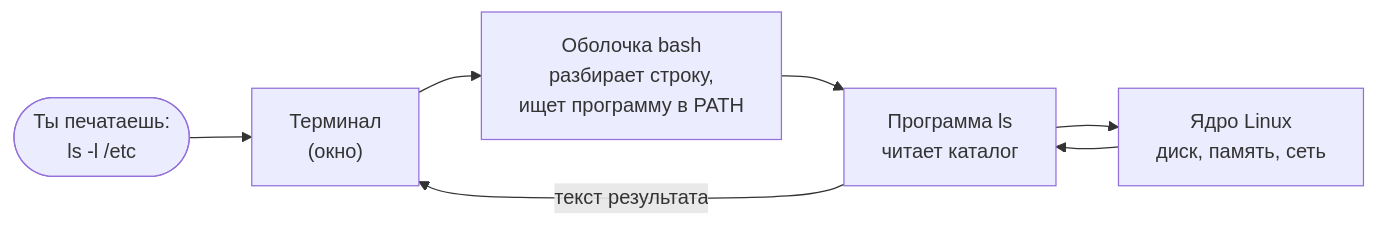
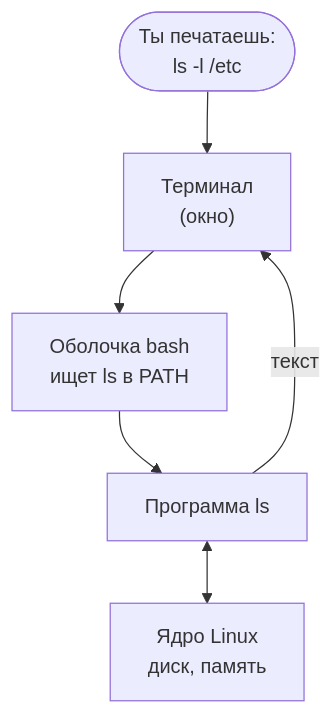
One commit to distinguished-sre/load-tester changed the first of 3 diagrams in 01-linux/01-workstation-terminal.md. Above: the diagram before and after it, drawn with Mermaid. The commit also changed other lines of this file and 6 other files, not shown here.

First line of the commit message:
Виджеты и схемы переделаны по отзыву: автостарт, объяснения, подсказки при наведении

````diff
--- a/01-linux/01-workstation-terminal.md
+++ b/01-linux/01-workstation-terminal.md
@@ -32,9 +32,8 @@
 ```mermaid
-flowchart LR
+flowchart TD
     Ты(["Ты печатаешь:<br/>ls -l /etc"]) --> Т["Терминал<br/>(окно)"]
-    Т --> О["Оболочка bash<br/>разбирает строку,<br/>ищет программу в PATH"]
-    О --> П["Программа ls<br/>читает каталог"]
-    П --> Я["Ядро Linux<br/>диск, память, сеть"]
-    Я --> П
-    П -->|"текст результата"| Т
+    Т --> О["Оболочка bash<br/>ищет ls в PATH"]
+    О --> П["Программа ls"]
+    П <--> Я["Ядро Linux<br/>диск, память"]
+    П -->|"текст"| Т
 ```
````
